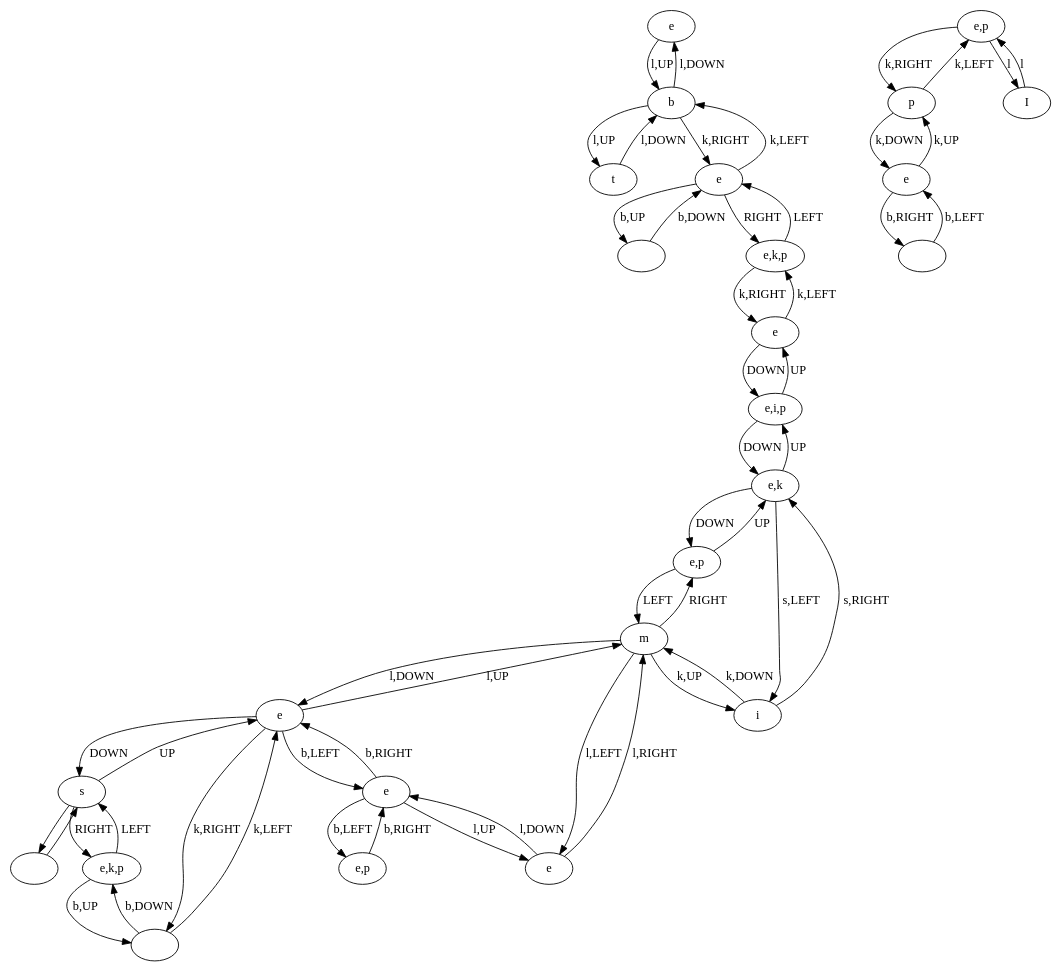
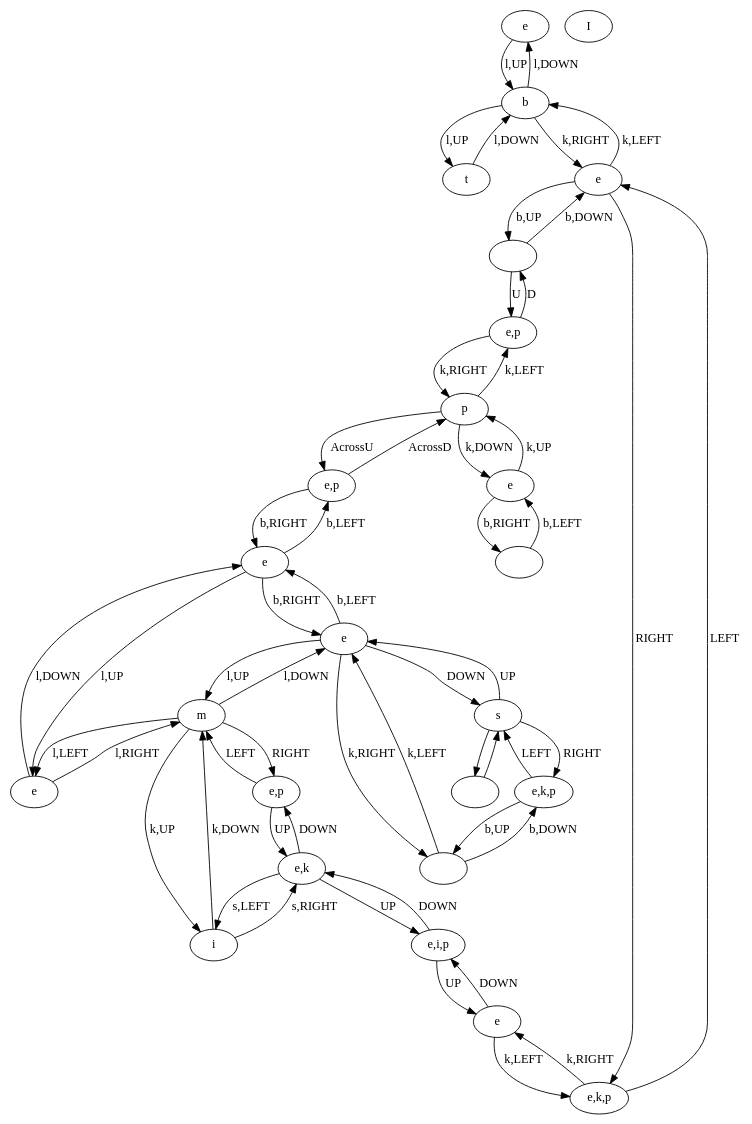
Before and after one commit to schrum2/MM-NEAT: the diagram in data/VGLC/Zelda/Graph Processed/tloz5_1_flip.dot, drawn with Graphviz. The commit also changed 2 other files, not shown here.

```diff
--- a/data/VGLC/Zelda/Graph Processed/tloz5_1_flip.dot
+++ b/data/VGLC/Zelda/Graph Processed/tloz5_1_flip.dot
@@ -1,79 +1,81 @@
 digraph {
 0 [label="e"]
 1 [label="e,p"]
 2 [label="e,p"]
 3 [label="p"]
 4 [label="t"]
 5 [label=""]
 6 [label="I"]
 7 [label="e,i,p"]
 8 [label=""]
 9 [label="e,k,p"]
 10 [label="s"]
 11 [label=""]
 12 [label="e"]
 13 [label="e"]
 14 [label="e,p"]
 15 [label="m"]
 16 [label="e"]
 17 [label="e,k"]
 18 [label="i"]
 19 [label="e"]
 20 [label="e,k,p"]
 21 [label="e"]
 22 [label="b"]
 23 [label=""]
 24 [label="e"]
 8 -> 10 [label=""]
 10 -> 8 [label=""]
 10 -> 9 [label="RIGHT"]
 9 -> 10 [label="LEFT"]
 10 -> 12 [label="UP"]
 12 -> 10 [label="DOWN"]
 15 -> 1 [label="RIGHT"]
 1 -> 15 [label="LEFT"]
 1 -> 17 [label="UP"]
 17 -> 1 [label="DOWN"]
 17 -> 7 [label="UP"]
 7 -> 17 [label="DOWN"]
 19 -> 7 [label="DOWN"]
 7 -> 19 [label="UP"]
 20 -> 21 [label="LEFT"]
 21 -> 20 [label="RIGHT"]
 9 -> 11 [label="b,UP"]
 11 -> 9 [label="b,DOWN"]
 13 -> 14 [label="b,LEFT"]
 14 -> 13 [label="b,RIGHT"]
 13 -> 12 [label="b,RIGHT"]
 12 -> 13 [label="b,LEFT"]
 21 -> 5 [label="b,UP"]
 5 -> 21 [label="b,DOWN"]
 23 -> 24 [label="b,LEFT"]
 24 -> 23 [label="b,RIGHT"]
 24 -> 3 [label="k,UP"]
 3 -> 24 [label="k,DOWN"]
 21 -> 22 [label="k,LEFT"]
 22 -> 21 [label="k,RIGHT"]
 15 -> 18 [label="k,UP"]
 18 -> 15 [label="k,DOWN"]
 19 -> 20 [label="k,LEFT"]
 20 -> 19 [label="k,RIGHT"]
 3 -> 2 [label="k,LEFT"]
 2 -> 3 [label="k,RIGHT"]
-2 -> 6 [label="l"]
-6 -> 2 [label="l"]
 22 -> 4 [label="l,UP"]
 4 -> 22 [label="l,DOWN"]
 0 -> 22 [label="l,UP"]
 22 -> 0 [label="l,DOWN"]
 12 -> 15 [label="l,UP"]
 15 -> 12 [label="l,DOWN"]
 15 -> 16 [label="l,LEFT"]
 16 -> 15 [label="l,RIGHT"]
 13 -> 16 [label="l,UP"]
 16 -> 13 [label="l,DOWN"]
 12 -> 11 [label="k,RIGHT"]
 11 -> 12 [label="k,LEFT"]
 18 -> 17 [label="s,RIGHT"]
 17 -> 18 [label="s,LEFT"]
+14 -> 3 [label="AcrossD"]
+3 -> 14 [label="AcrossU"]
+2 -> 5 [label="D"]
+5 -> 2 [label="U"]
 }
```
